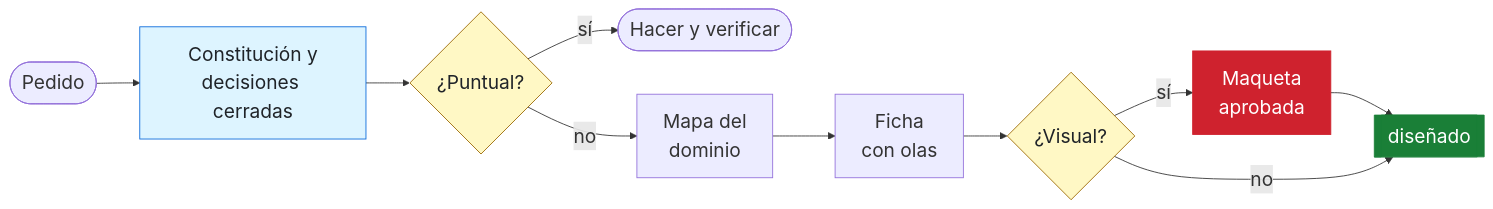
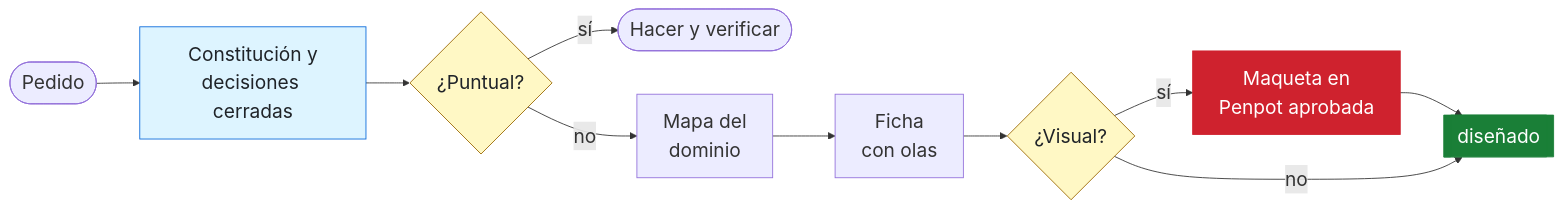
The first of 2 diagrams in README.md (arielelevy/fdd), drawn with Mermaid before and after one commit. The commit also changed other lines of this file and 2 other files, not shown here.

````diff
--- a/README.md
+++ b/README.md
@@ -115,22 +117,22 @@
 ```mermaid
 %%{init: {"themeVariables": {"fontSize": "22px"}}}%%
 flowchart LR
     A(["Pedido"]) --> K["Constitución y<br/>decisiones cerradas"]
     K --> B{"¿Puntual?"}
     B -- "sí" --> C(["Hacer y verificar"])
     B -- "no" --> D["Mapa del<br/>dominio"]
     D --> E["Ficha<br/>con olas"]
     E --> V{"¿Visual?"}
-    V -- "sí" --> M["Maqueta<br/>aprobada"]
+    V -- "sí" --> M["Maqueta en<br/>Penpot aprobada"]
     M --> F[["diseñado"]]
     V -- "no" --> F
 
     classDef hito fill:#1a7f37,stroke:#1a7f37,color:#ffffff
     classDef decision fill:#fff8c5,stroke:#9a6700,color:#1f2328
     classDef regla fill:#ddf4ff,stroke:#0969da,color:#1f2328
     classDef humano fill:#cf222e,stroke:#cf222e,color:#ffffff
     class F hito
     class K regla
     class B,V decision
     class M humano
 ```
````
